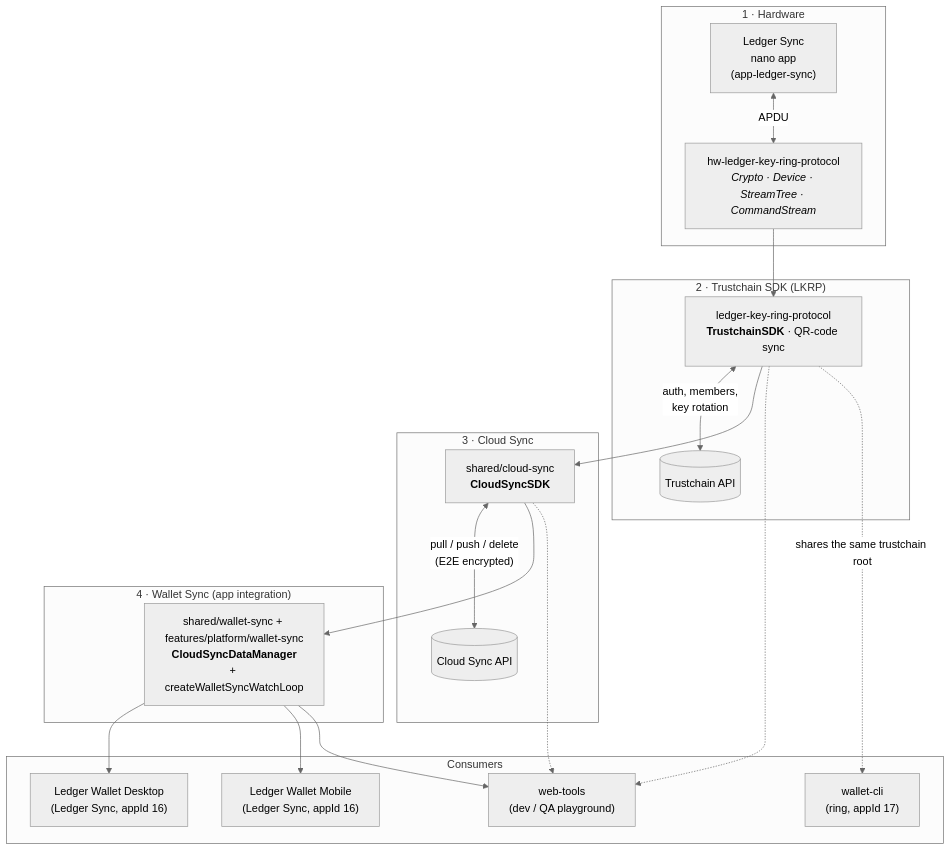
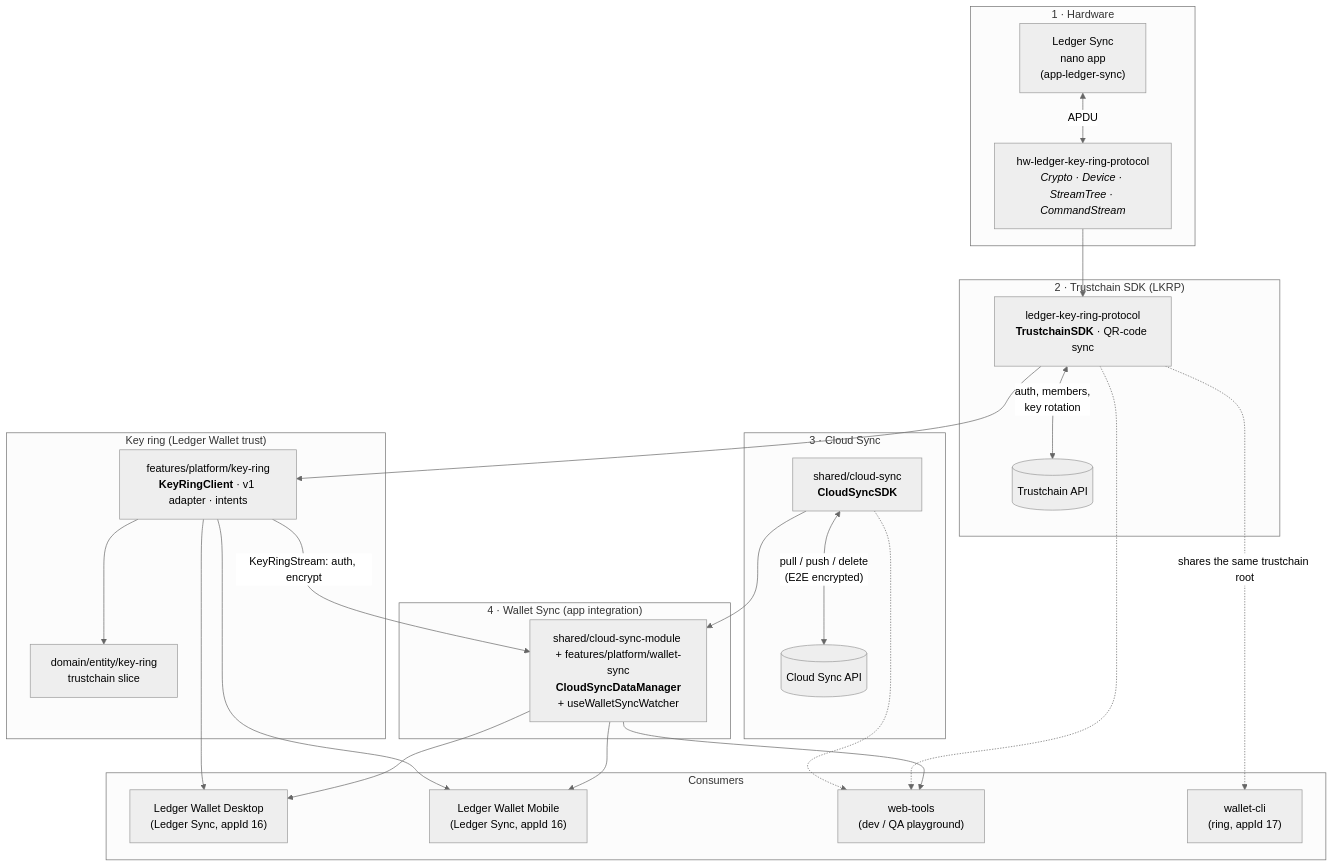
The diagram in docs/ledger-sync/README.md (LedgerHQ/ledger-live), drawn with Mermaid (neutral theme) before and after one commit. The commit also changed other lines of this file and 7 other files, not shown here.

First line of the commit message:
docs(ledger-sync): describe the key ring integration

````diff
--- a/docs/ledger-sync/README.md
+++ b/docs/ledger-sync/README.md
@@ -54,41 +59,50 @@
 ```mermaid
 flowchart TB
     subgraph HW["1 · Hardware"]
         app["Ledger Sync<br/>nano app<br/>(app-ledger-sync)"]
         hwlkrp["hw-ledger-key-ring-protocol<br/><i>Crypto · Device · StreamTree · CommandStream</i>"]
         app <-->|APDU| hwlkrp
     end
 
     subgraph SDK["2 · Trustchain SDK (LKRP)"]
         tcsdk["ledger-key-ring-protocol<br/><b>TrustchainSDK</b> · QR-code sync"]
         tcapi[("Trustchain API")]
         tcsdk <-->|"auth, members,<br/>key rotation"| tcapi
     end
 
     subgraph CS["3 · Cloud Sync"]
         cssdk["shared/cloud-sync<br/><b>CloudSyncSDK</b>"]
         csapi[("Cloud Sync API")]
         cssdk <-->|"pull / push / delete<br/>(E2E encrypted)"| csapi
     end
 
+    subgraph KR["Key ring (Ledger Wallet trust)"]
+        pkr["features/platform/key-ring<br/><b>KeyRingClient</b> · v1 adapter · intents"]
+        ekr["domain/entity/key-ring<br/>trustchain slice"]
+        pkr --> ekr
+    end
+
     subgraph WS["4 · Wallet Sync (app integration)"]
-        wsdm["shared/wallet-sync + features/platform/wallet-sync<br/><b>CloudSyncDataManager</b><br/>+ createWalletSyncWatchLoop"]
+        wsdm["shared/cloud-sync-module + features/platform/wallet-sync<br/><b>CloudSyncDataManager</b><br/>+ useWalletSyncWatcher"]
     end
 
     subgraph APPS["Consumers"]
         lld["Ledger Wallet Desktop<br/>(Ledger Sync, appId 16)"]
         llm["Ledger Wallet Mobile<br/>(Ledger Sync, appId 16)"]
         webtools["web-tools<br/>(dev / QA playground)"]
         walletcli["wallet-cli<br/>(ring, appId 17)"]
     end
 
     hwlkrp --> tcsdk
-    tcsdk --> cssdk
+    tcsdk --> pkr
+    pkr -->|"KeyRingStream: auth, encrypt"| wsdm
     cssdk --> wsdm
     wsdm --> lld
     wsdm --> llm
+    pkr --> lld
+    pkr --> llm
     wsdm --> webtools
     tcsdk -.-> webtools
     cssdk -.-> webtools
     tcsdk -.->|"shares the same trustchain root"| walletcli
 ```
````
